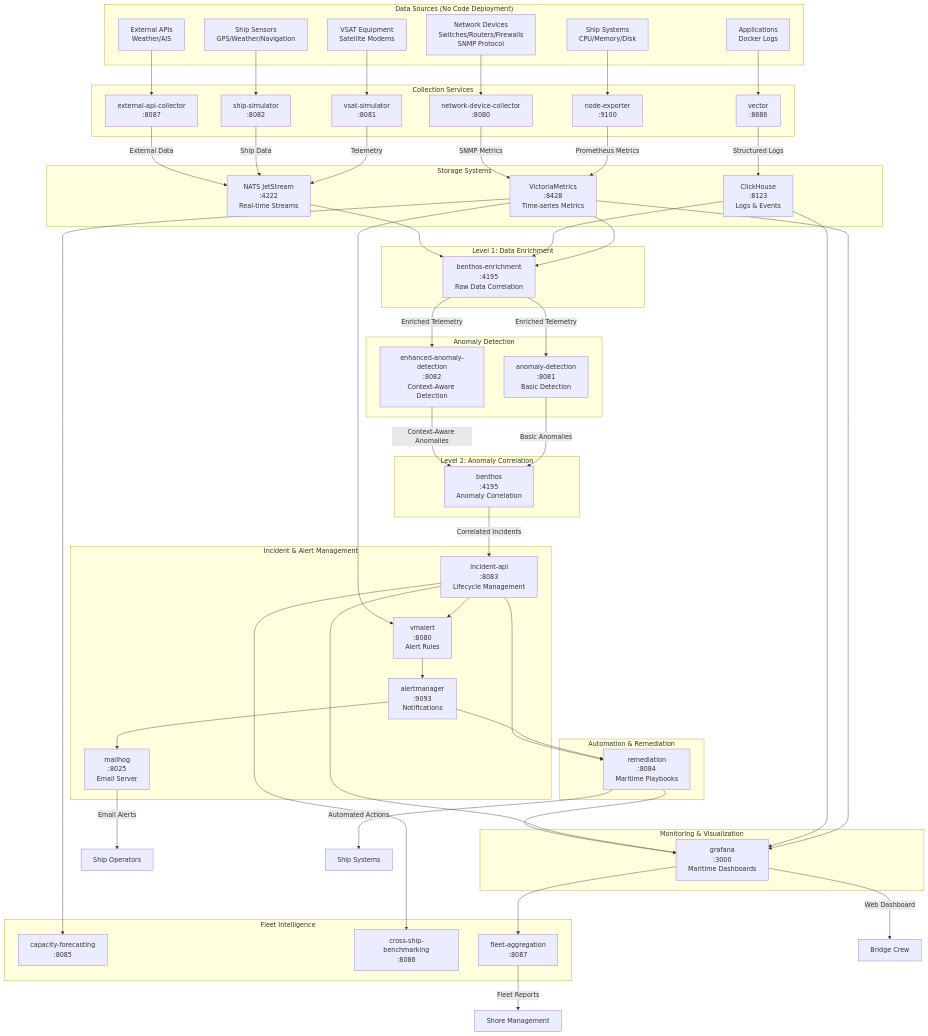
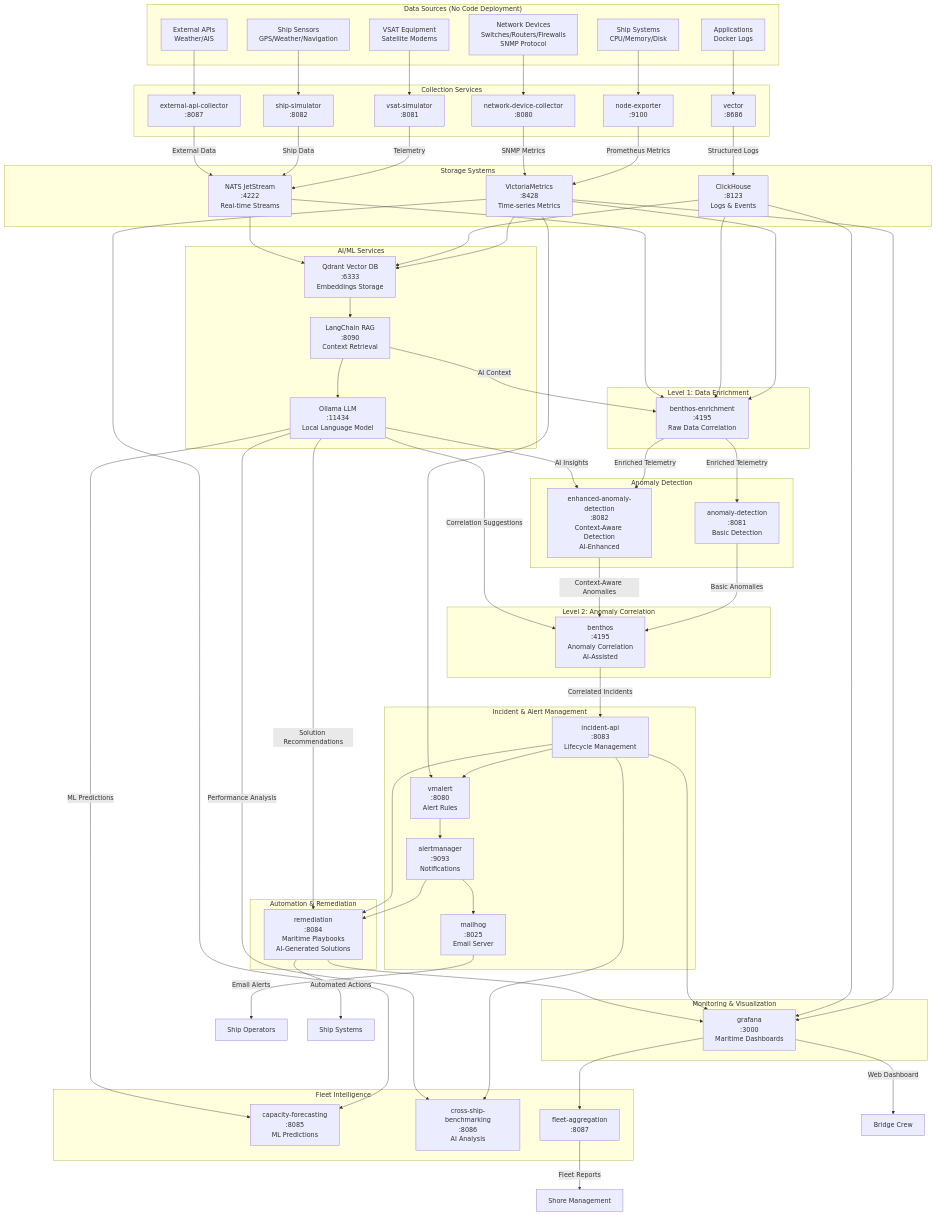
Before and after one commit to iLodeStar/AIOps-NAAS: the first of 2 diagrams in docs/service-data-flow-map.md, drawn with Mermaid. The commit also changed other lines of this file and 1 other file, not shown here.

Commit message:
Fix Mermaid diagram syntax with quotes and add comprehensive AI/ML integration documentation

````diff
--- a/docs/service-data-flow-map.md
+++ b/docs/service-data-flow-map.md
@@ -6,70 +6,77 @@
 graph TB
     %% Data Sources (External)
     subgraph "Data Sources (No Code Deployment)"
-        A1[Ship Systems<br/>CPU/Memory/Disk]
-        A2[Network Devices<br/>Switches/Routers/Firewalls<br/>SNMP Protocol]
-        A3[VSAT Equipment<br/>Satellite Modems]
-        A4[Ship Sensors<br/>GPS/Weather/Navigation]
-        A5[Applications<br/>Docker Logs]
-        A6[External APIs<br/>Weather/AIS]
+        A1["Ship Systems<br/>CPU/Memory/Disk"]
+        A2["Network Devices<br/>Switches/Routers/Firewalls<br/>SNMP Protocol"]
+        A3["VSAT Equipment<br/>Satellite Modems"]
+        A4["Ship Sensors<br/>GPS/Weather/Navigation"]
+        A5["Applications<br/>Docker Logs"]
+        A6["External APIs<br/>Weather/AIS"]
     end
 
     %% Collection Layer
     subgraph "Collection Services"
-        B1[node-exporter<br/>:9100]
-        B2[network-device-collector<br/>:8080]
-        B3[vsat-simulator<br/>:8081]
-        B4[ship-simulator<br/>:8082]
-        B5[vector<br/>:8686]
-        B6[external-api-collector<br/>:8087]
+        B1["node-exporter<br/>:9100"]
+        B2["network-device-collector<br/>:8080"]
+        B3["vsat-simulator<br/>:8081"]
+        B4["ship-simulator<br/>:8082"]
+        B5["vector<br/>:8686"]
+        B6["external-api-collector<br/>:8087"]
     end
 
     %% Storage Layer
     subgraph "Storage Systems"
-        C1[VictoriaMetrics<br/>:8428<br/>Time-series Metrics]
-        C2[ClickHouse<br/>:8123<br/>Logs & Events]
-        C3[NATS JetStream<br/>:4222<br/>Real-time Streams]
+        C1["VictoriaMetrics<br/>:8428<br/>Time-series Metrics"]
+        C2["ClickHouse<br/>:8123<br/>Logs & Events"]
+        C3["NATS JetStream<br/>:4222<br/>Real-time Streams"]
+    end
+
+    %% AI/ML Layer
+    subgraph "AI/ML Services"
+        ML1["Ollama LLM<br/>:11434<br/>Local Language Model"]
+        ML2["Qdrant Vector DB<br/>:6333<br/>Embeddings Storage"]
+        ML3["LangChain RAG<br/>:8090<br/>Context Retrieval"]
     end
 
     %% Level 1 Correlation
     subgraph "Level 1: Data Enrichment"
-        D1[benthos-enrichment<br/>:4195<br/>Raw Data Correlation]
+        D1["benthos-enrichment<br/>:4195<br/>Raw Data Correlation"]
     end
 
     %% Anomaly Detection
     subgraph "Anomaly Detection"
-        E1[anomaly-detection<br/>:8081<br/>Basic Detection]
-        E2[enhanced-anomaly-detection<br/>:8082<br/>Context-Aware Detection]
+        E1["anomaly-detection<br/>:8081<br/>Basic Detection"]
+        E2["enhanced-anomaly-detection<br/>:8082<br/>Context-Aware Detection<br/>AI-Enhanced"]
     end
 
     %% Level 2 Correlation
     subgraph "Level 2: Anomaly Correlation"
-        F1[benthos<br/>:4195<br/>Anomaly Correlation]
+        F1["benthos<br/>:4195<br/>Anomaly Correlation<br/>AI-Assisted"]
     end
 
     %% Incident Management
     subgraph "Incident & Alert Management"
-        G1[incident-api<br/>:8083<br/>Lifecycle Management]
-        G2[vmalert<br/>:8080<br/>Alert Rules]
-        G3[alertmanager<br/>:9093<br/>Notifications]
-        G4[mailhog<br/>:8025<br/>Email Server]
+        G1["incident-api<br/>:8083<br/>Lifecycle Management"]
+        G2["vmalert<br/>:8080<br/>Alert Rules"]
+        G3["alertmanager<br/>:9093<br/>Notifications"]
+        G4["mailhog<br/>:8025<br/>Email Server"]
     end
 
     %% Remediation
     subgraph "Automation & Remediation"
-        H1[remediation<br/>:8084<br/>Maritime Playbooks]
+        H1["remediation<br/>:8084<br/>Maritime Playbooks<br/>AI-Generated Solutions"]
     end
 
     %% Visualization
     subgraph "Monitoring & Visualization"
-        I1[grafana<br/>:3000<br/>Maritime Dashboards]
+        I1["grafana<br/>:3000<br/>Maritime Dashboards"]
     end
 
     %% Intelligence
     subgraph "Fleet Intelligence"
-        J1[capacity-forecasting<br/>:8085]
-        J2[cross-ship-benchmarking<br/>:8086]
-        J3[fleet-aggregation<br/>:8087]
+        J1["capacity-forecasting<br/>:8085<br/>ML Predictions"]
+        J2["cross-ship-benchmarking<br/>:8086<br/>AI Analysis"]
+        J3["fleet-aggregation<br/>:8087"]
     end
 
     %% Data Flow Connections
@@ -80,24 +87,34 @@
     A5 --> B5
     A6 --> B6
 
-    B1 -->|Prometheus Metrics| C1
-    B2 -->|SNMP Metrics| C1
-    B3 -->|Telemetry| C3
-    B4 -->|Ship Data| C3
-    B5 -->|Structured Logs| C2
-    B6 -->|External Data| C3
+    B1 -->|"Prometheus Metrics"| C1
+    B2 -->|"SNMP Metrics"| C1
+    B3 -->|"Telemetry"| C3
+    B4 -->|"Ship Data"| C3
+    B5 -->|"Structured Logs"| C2
+    B6 -->|"External Data"| C3
+
+    %% AI/ML Integration
+    C1 --> ML2
+    C2 --> ML2
+    C3 --> ML2
+    ML2 --> ML3
+    ML3 --> ML1
 
     C1 --> D1
     C2 --> D1
     C3 --> D1
+    ML3 -->|"AI Context"| D1
 
-    D1 -->|Enriched Telemetry| E1
-    D1 -->|Enriched Telemetry| E2
+    D1 -->|"Enriched Telemetry"| E1
+    D1 -->|"Enriched Telemetry"| E2
+    ML1 -->|"AI Insights"| E2
 
-    E1 -->|Basic Anomalies| F1
-    E2 -->|Context-Aware Anomalies| F1
+    E1 -->|"Basic Anomalies"| F1
+    E2 -->|"Context-Aware Anomalies"| F1
+    ML1 -->|"Correlation Suggestions"| F1
 
-    F1 -->|Correlated Incidents| G1
+    F1 -->|"Correlated Incidents"| G1
 
     G1 --> G2
     C1 --> G2
@@ -106,6 +123,7 @@
 
     G3 --> H1
     G1 --> H1
+    ML1 -->|"Solution Recommendations"| H1
 
     C1 --> I1
     C2 --> I1
@@ -115,10 +133,12 @@
     C1 --> J1
     G1 --> J2
     I1 --> J3
+    ML1 -->|"ML Predictions"| J1
+    ML1 -->|"Performance Analysis"| J2
 
     %% External outputs
-    G4 -->|Email Alerts| K1[Ship Operators]
-    I1 -->|Web Dashboard| K2[Bridge Crew]
-    J3 -->|Fleet Reports| K3[Shore Management]
-    H1 -->|Automated Actions| K4[Ship Systems]
+    G4 -->|"Email Alerts"| K1["Ship Operators"]
+    I1 -->|"Web Dashboard"| K2["Bridge Crew"]
+    J3 -->|"Fleet Reports"| K3["Shore Management"]
+    H1 -->|"Automated Actions"| K4["Ship Systems"]
 ```
````
